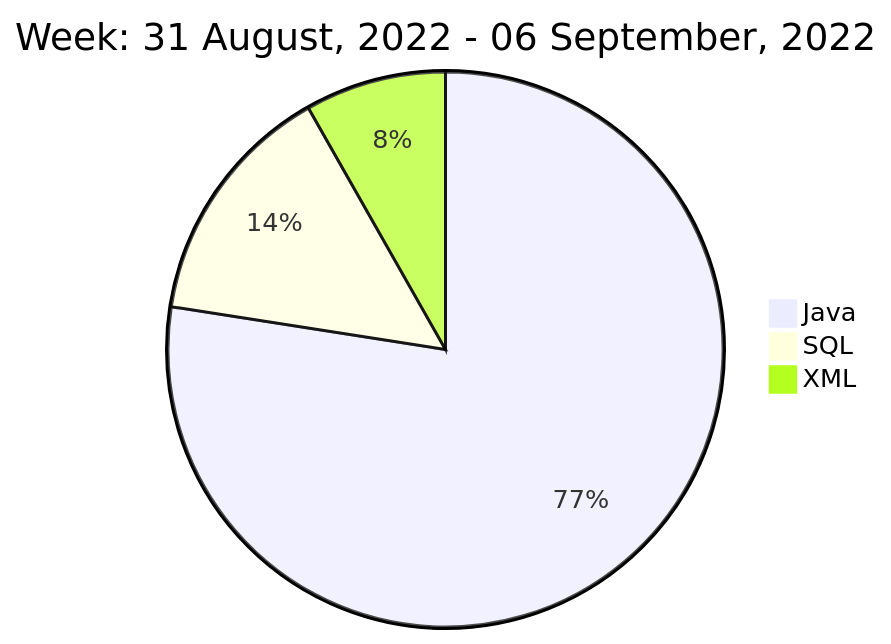
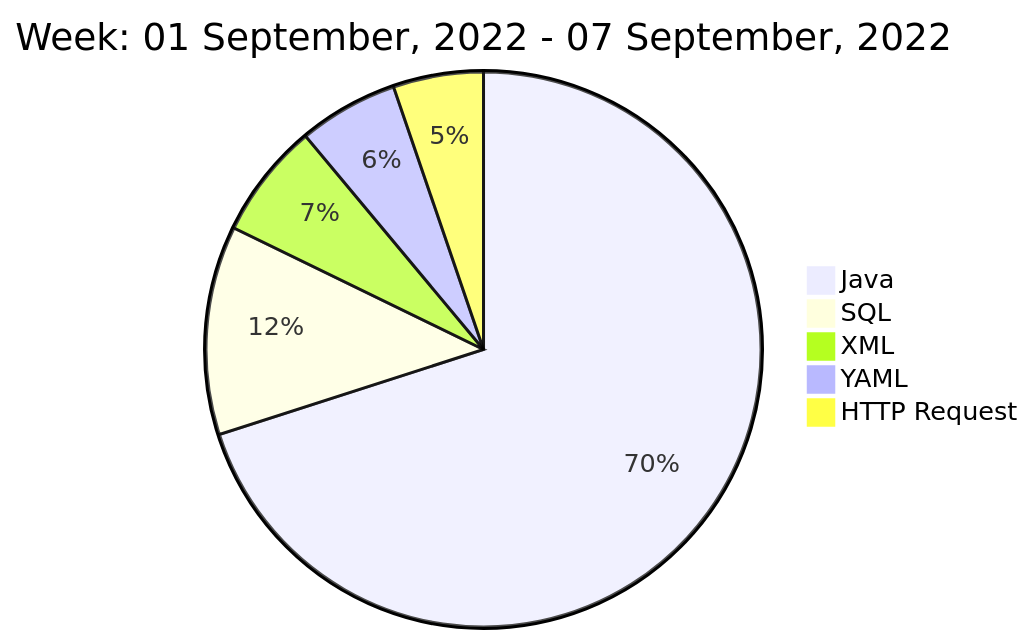
Before and after one commit to liubin95/liubin95: the diagram in README.md, drawn with Mermaid.

Commit message:
Updated the Graph with new Metrics

````diff
--- a/README.md
+++ b/README.md
@@ -40,7 +40,9 @@
 ```mermaid
  pie
-title Week: 31 August, 2022 - 06 September, 2022
- "Java" : 9.9
- "SQL" : 1.83
- "XML" : 1.05
+title Week: 01 September, 2022 - 07 September, 2022
+ "Java" : 7.6
+ "SQL" : 1.32
+ "XML" : 0.73
+ "YAML" : 0.63
+ "HTTP Request" : 0.57
 ```
````
